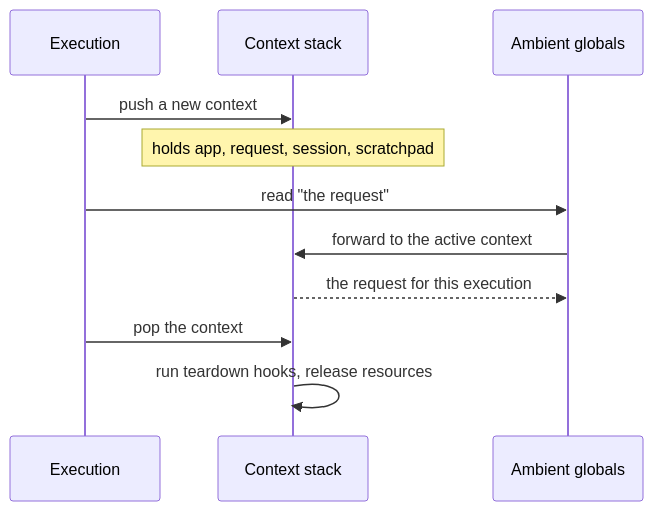
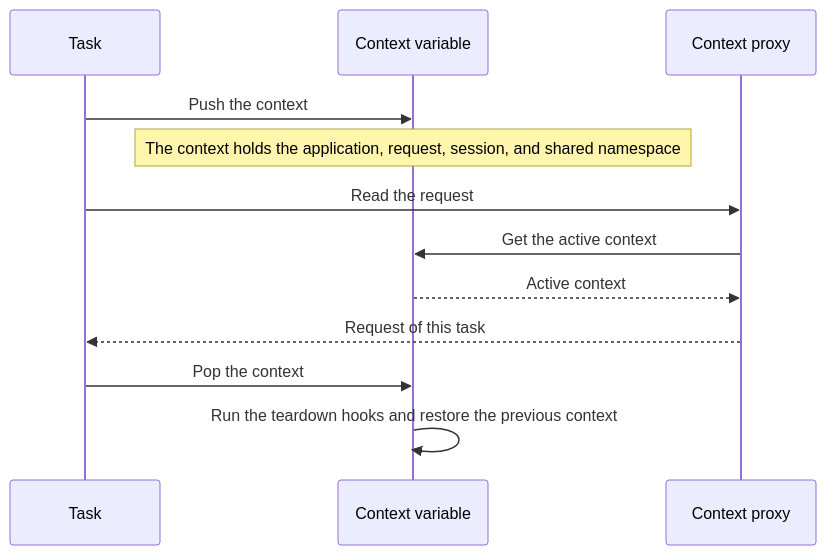
One commit to KeunwooPark/cluedoc changed the second of 3 diagrams in docs/examples/flask/.cluedoc/the-context-system/README.md. Above: the diagram before and after it, drawn with Mermaid. The commit also changed other lines of this file and 22 other files, not shown here.

````diff
--- a/docs/examples/flask/.cluedoc/the-context-system/README.md
+++ b/docs/examples/flask/.cluedoc/the-context-system/README.md
@@ -46,13 +48,14 @@
 ```mermaid
 sequenceDiagram
-    participant Flow as Execution
-    participant Stack as Context stack
-    participant Globals as Ambient globals
-    Flow->>Stack: push a new context
-    Note over Stack: holds app, request, session, scratchpad
-    Flow->>Globals: read "the request"
-    Globals->>Stack: forward to the active context
-    Stack-->>Globals: the request for this execution
-    Flow->>Stack: pop the context
-    Stack->>Stack: run teardown hooks, release resources
+    participant Task
+    participant Var as Context variable
+    participant Proxy as Context proxy
+    Task->>Var: Push the context
+    Note over Var: The context holds the application, request, session, and shared namespace
+    Task->>Proxy: Read the request
+    Proxy->>Var: Get the active context
+    Var-->>Proxy: Active context
+    Proxy-->>Task: Request of this task
+    Task->>Var: Pop the context
+    Var->>Var: Run the teardown hooks and restore the previous context
 ```
````
